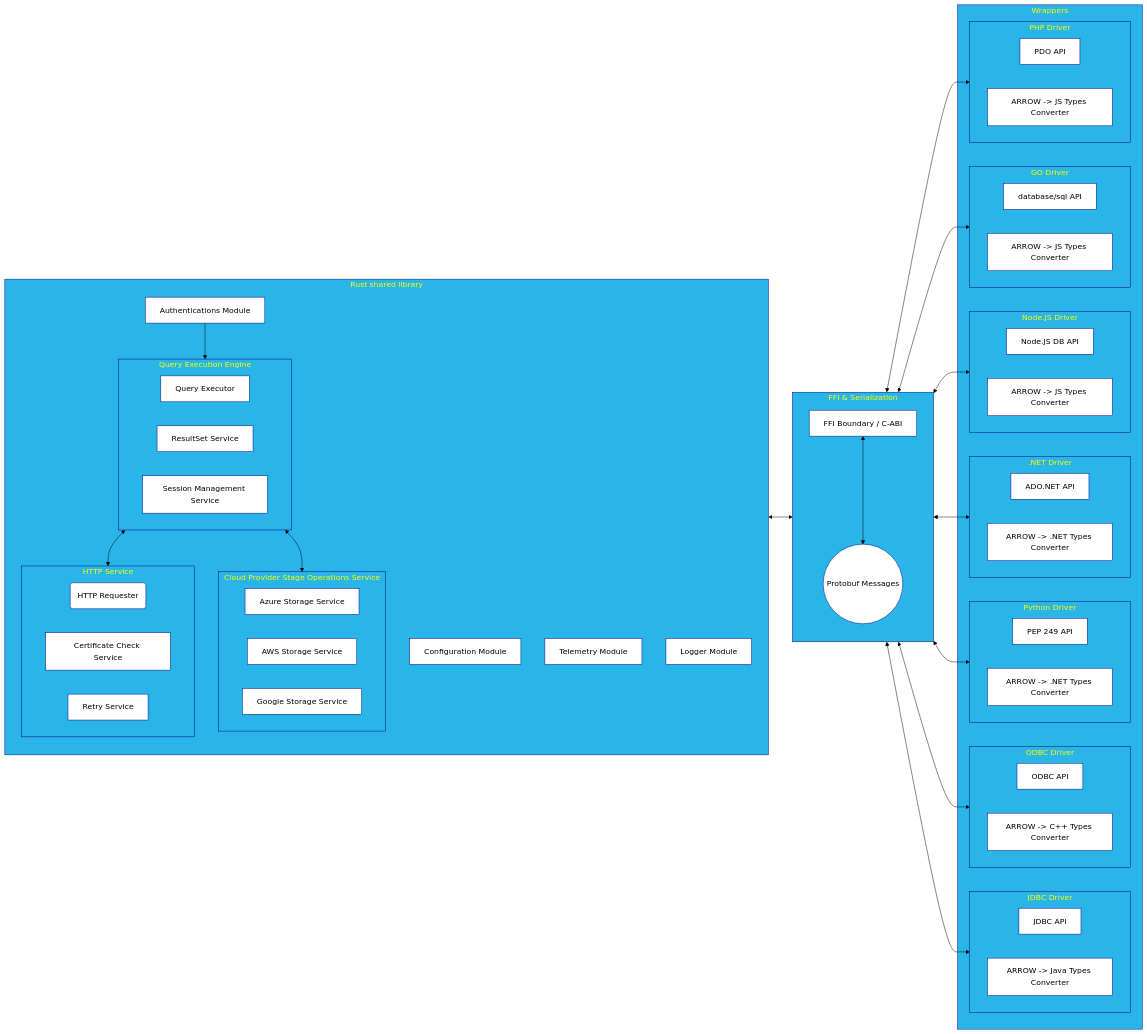
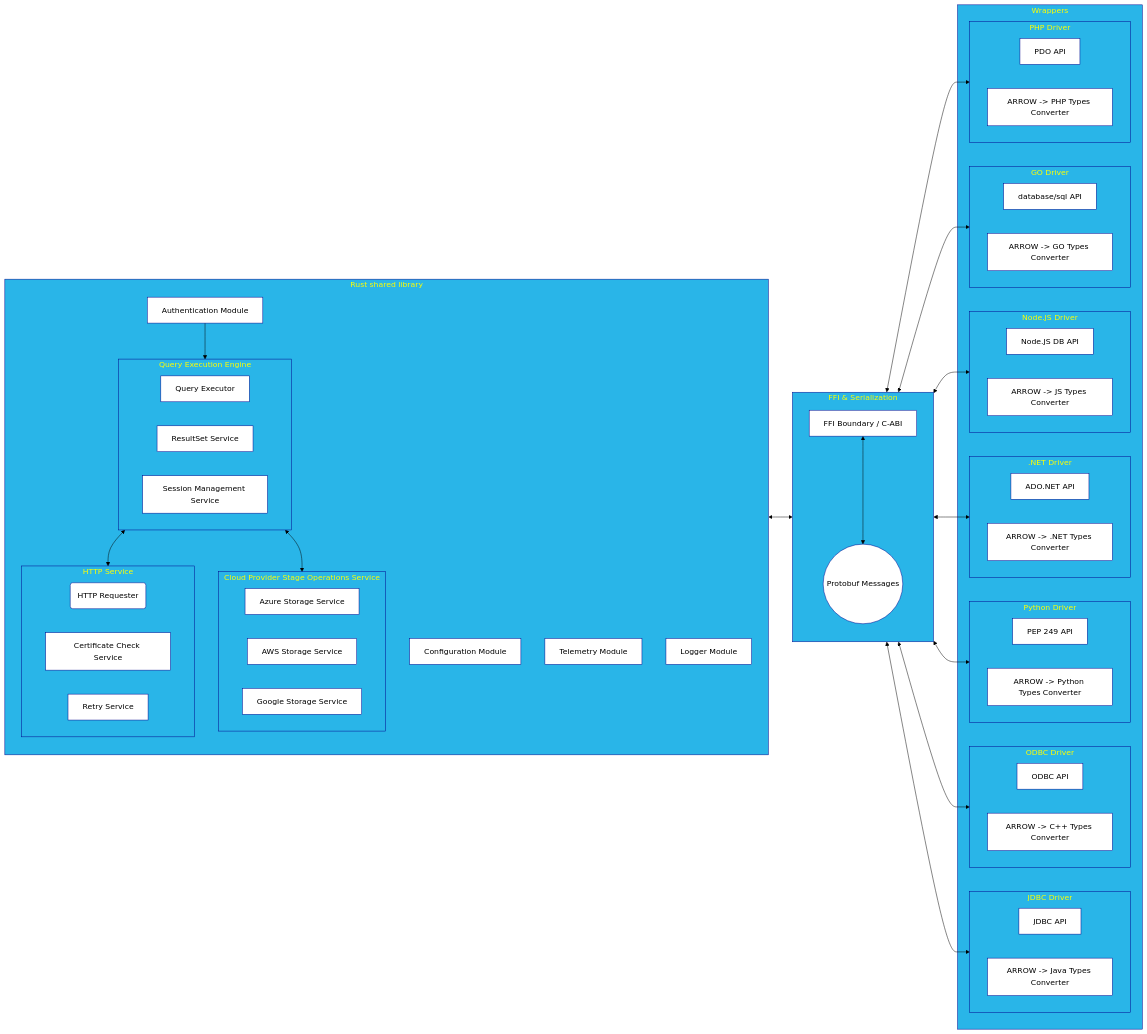
One commit to snowflakedb/drivers changed the first of 2 diagrams in doc/architecture.md. Above: the diagram before and after it, drawn with Mermaid. The commit also changed other lines of this file, not shown here.

Commit message:
SNOW-3104474 system components and interfaces diagrams (review fixes)

```diff
--- a/doc/architecture.md
+++ b/doc/architecture.md
@@ -9,7 +9,6 @@
   themeVariables:
     fontFamily: Trebuchet MS
     fontSize: 16px
-    backround: black
     fontColor: black
     primaryColor: white
     primaryTextColor: black
@@ -29,7 +28,7 @@
             RES[ResultSet Service]
             SESSION[Session Management Service]
         end
-        AUTH[Authentications Module] 
+        AUTH[Authentication Module] 
         CFG[Configuration Module]
         TM[Telemetry Module]
         LOG[Logger Module]
@@ -69,7 +68,7 @@
         subgraph PY [Python Driver]
             direction LR
             API4[PEP 249 API]
-            TC4[ARROW -> .NET Types Converter]
+            TC4[ARROW -> Python Types Converter]
         end
         subgraph NET [.NET Driver]
             direction LR
@@ -84,12 +83,12 @@
         subgraph GO [GO Driver]
             direction LR
             API6[database/sql API]
-            TC6[ARROW -> JS Types Converter]
+            TC6[ARROW -> GO Types Converter]
         end
         subgraph PHP [PHP Driver]
             direction LR
             API7[PDO API]
-            TC7[ARROW -> JS Types Converter]
+            TC7[ARROW -> PHP Types Converter]
         end
     end
     
```
